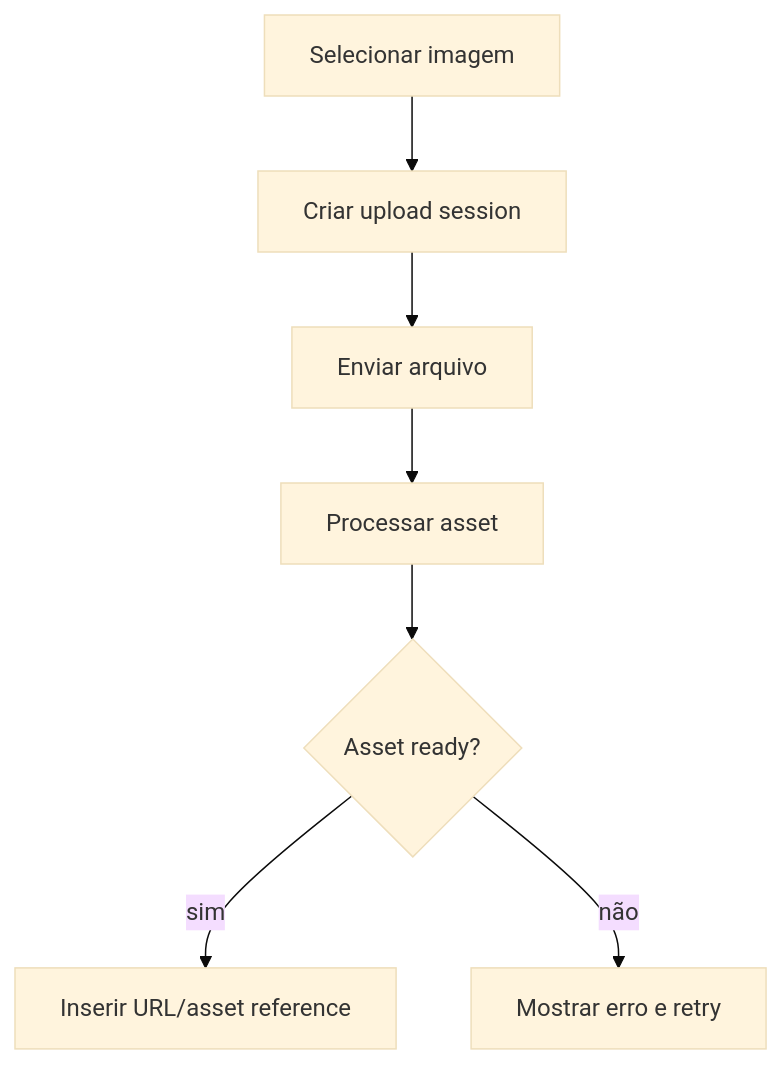
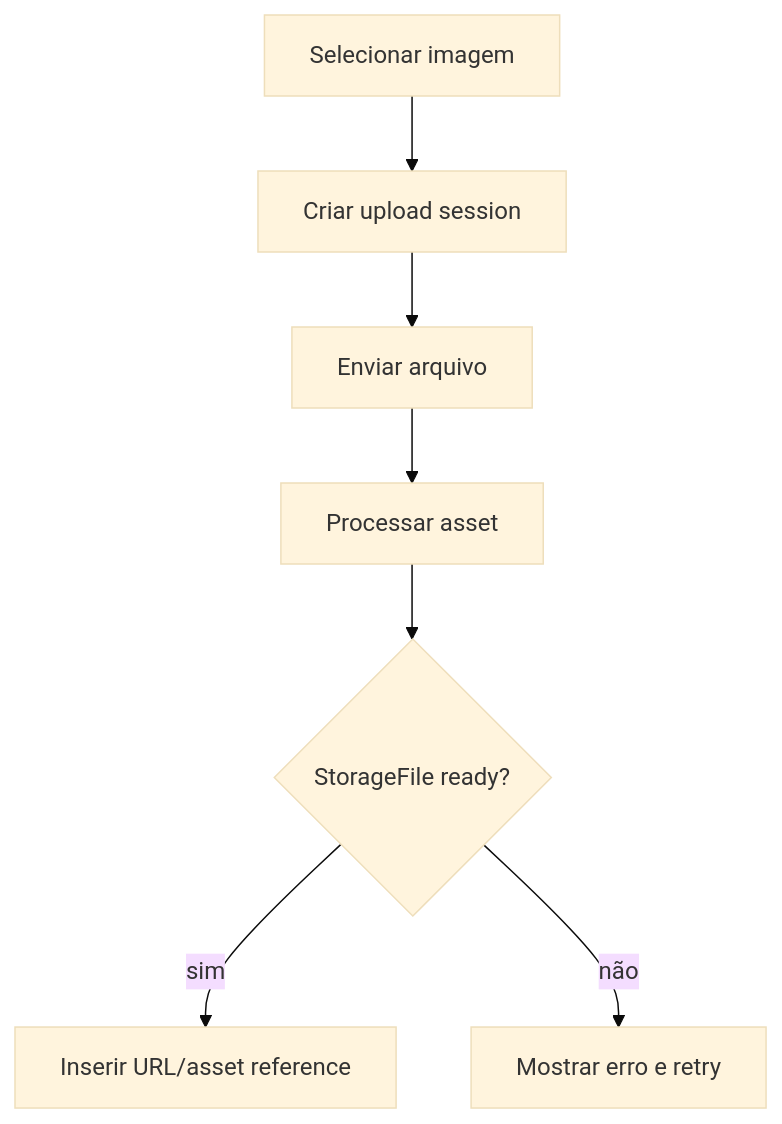
One commit to paulocoutinhox/fastkit changed the fifth of 6 diagrams in FASTKIT_ARQUITETURA_COMPLETA.md. Above: the diagram before and after it, drawn with Mermaid (base theme). The commit also changed other lines of this file and 323 other files, not shown here.

````diff
--- a/FASTKIT_ARQUITETURA_COMPLETA.md
+++ b/FASTKIT_ARQUITETURA_COMPLETA.md
@@ -3081,9 +3081,9 @@
 ```mermaid
 flowchart TD
     PICK[Selecionar imagem] --> SESSION[Criar upload session]
     SESSION --> UPLOAD[Enviar arquivo]
     UPLOAD --> PROCESS[Processar asset]
-    PROCESS --> READY{Asset ready?}
+    PROCESS --> READY{StorageFile ready?}
     READY -->|sim| INSERT[Inserir URL/asset reference]
     READY -->|não| ERROR[Mostrar erro e retry]
 ```
````
